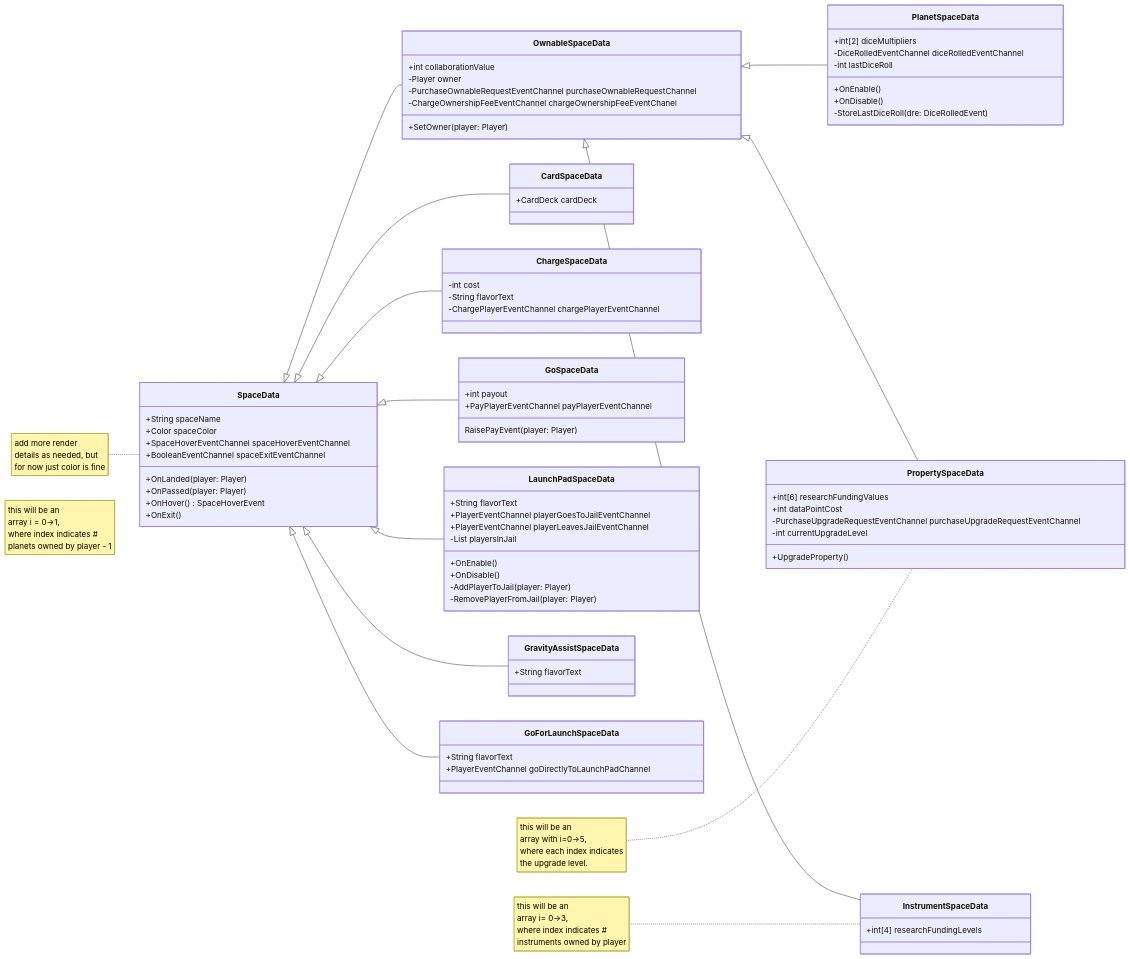
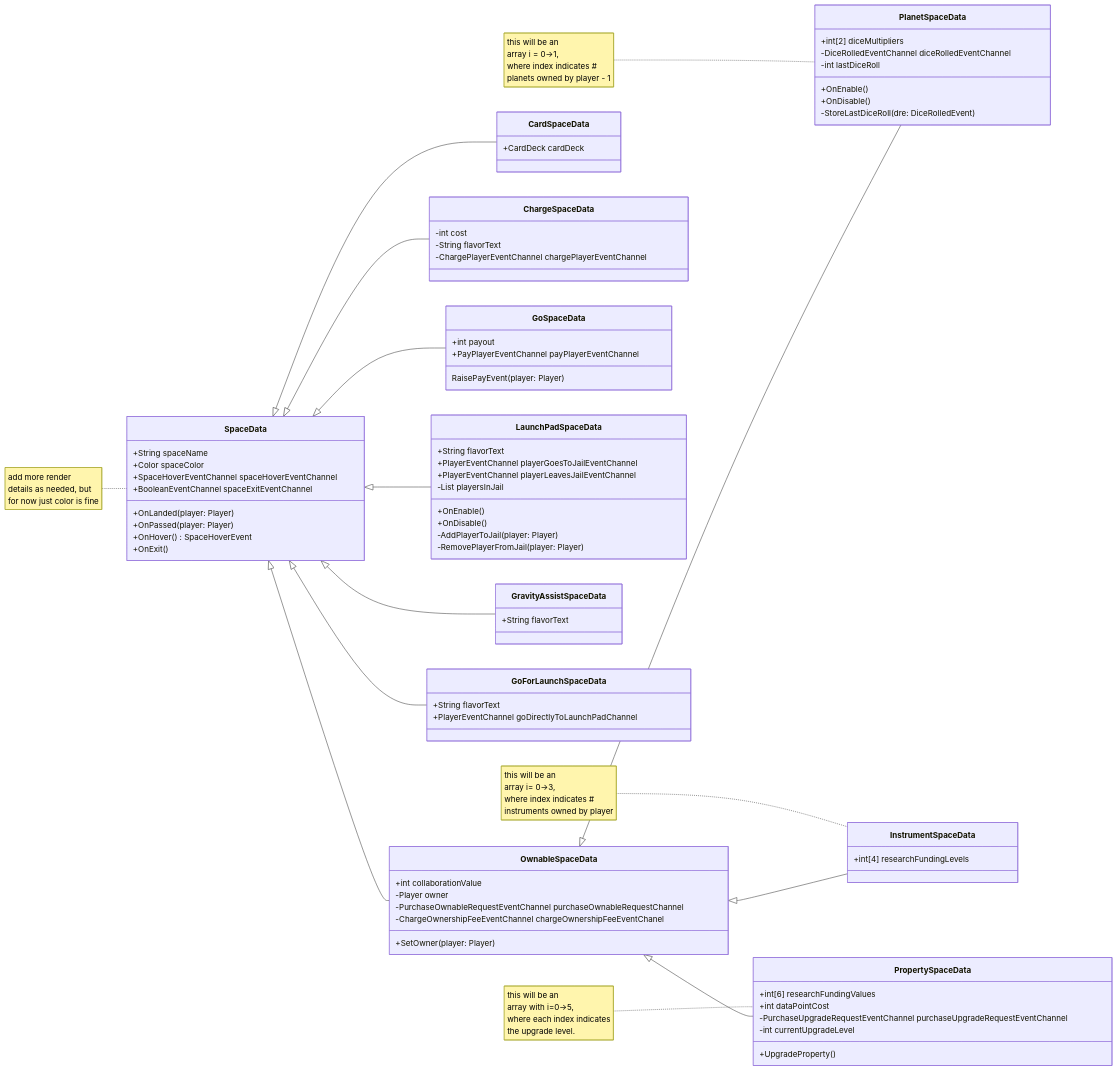
The diagram in Assets/Scripts/Data/SpaceData/SpaceData-Hierarchy.mmd (missiontopsyche-platinum/platinum_24a_game_psycheopoly-se), drawn with Mermaid before and after one commit. The commit also changed 40 other files, not shown here.

Commit message:
US322 T334 Adds tests for new SpaceData types

```diff
--- a/Assets/Scripts/Data/SpaceData/SpaceData-Hierarchy.mmd
+++ b/Assets/Scripts/Data/SpaceData/SpaceData-Hierarchy.mmd
@@ -1,108 +1,108 @@
 ---
 config:
     class:
         hideEmptyMembersBox: true
 ---
 classDiagram
     direction LR
     
     note for SpaceData  "add more render
                         details as needed, but
                         for now just color is fine"
     class SpaceData{
         +String spaceName
         +Color spaceColor
         +SpaceHoverEventChannel spaceHoverEventChannel
         +BooleanEventChannel spaceExitEventChannel
         +OnLanded(player: Player)
         +OnPassed(player: Player)
         +OnHover() SpaceHoverEvent
         +OnExit()
     }
     class OwnableSpaceData{
         +int collaborationValue
         -Player owner
         -PurchaseOwnableRequestEventChannel purchaseOwnableRequestChannel
         -ChargeOwnershipFeeEventChannel chargeOwnershipFeeEventChanel
         +SetOwner(player: Player)
     }
     
-    note for PropertySpaceData       "this will be an
-                                array with i=0->5,
-                                where each index indicates
-                                the upgrade level."
+    note for PropertySpaceData      "this will be an
+                                    array with i=0->5,
+                                    where each index indicates
+                                    the upgrade level."
     class PropertySpaceData{
         +int[6] researchFundingValues
         +int dataPointCost
         -PurchaseUpgradeRequestEventChannel purchaseUpgradeRequestEventChannel
         -int currentUpgradeLevel
         +UpgradeProperty()
     }
     
-    note for PlanetData         "this will be an
-                                array i = 0->1,
-                                where index indicates # 
-                                planets owned by player - 1"
+    note for PlanetSpaceData        "this will be an
+                                    array i = 0->1,
+                                    where index indicates # 
+                                    planets owned by player - 1"
     class PlanetSpaceData{
         +int[2] diceMultipliers
         -DiceRolledEventChannel diceRolledEventChannel
         -int lastDiceRoll
         +OnEnable()
         +OnDisable()
         -StoreLastDiceRoll(dre: DiceRolledEvent)
     }
     
-    note for InstrumentSpaceData     "this will be an
-                                array i= 0->3,
-                                where index indicates #
-                                instruments owned by player"
+    note for InstrumentSpaceData    "this will be an
+                                    array i= 0->3,
+                                    where index indicates #
+                                    instruments owned by player"
     class InstrumentSpaceData{
         +int[4] researchFundingLevels
     }
     
     class CardSpaceData{
         +CardDeck cardDeck
     }
     
     class ChargeSpaceData{
         -int cost
         -String flavorText
         -ChargePlayerEventChannel chargePlayerEventChannel
     }
     
     class GoSpaceData{
         +int payout
         +PayPlayerEventChannel payPlayerEventChannel
         RaisePayEvent(player: Player)
     }
     %% I could have another base class for flavor text spaces
     %% but its literally the only common variable between like types
     %% so that seems like massive overkill.
     class LaunchPadSpaceData {
         +String flavorText
         +PlayerEventChannel playerGoesToJailEventChannel
         +PlayerEventChannel playerLeavesJailEventChannel
         -List<Player> playersInJail
         +OnEnable()
         +OnDisable()
         -AddPlayerToJail(player: Player)
         -RemovePlayerFromJail(player: Player)
     }
     class GravityAssistSpaceData {
         +String flavorText
     }
     class GoForLaunchSpaceData {
         +String flavorText
         +PlayerEventChannel goDirectlyToLaunchPadChannel
     }
 
     SpaceData <|-- ChargeSpaceData
     SpaceData <|-- GoSpaceData
     SpaceData <|-- GoForLaunchSpaceData
     SpaceData <|-- GravityAssistSpaceData
     SpaceData <|-- LaunchPadSpaceData
     SpaceData <|-- CardSpaceData
     SpaceData <|-- OwnableSpaceData
     OwnableSpaceData <|-- PlanetSpaceData
     OwnableSpaceData <|-- InstrumentSpaceData
     OwnableSpaceData <|-- PropertySpaceData
```
